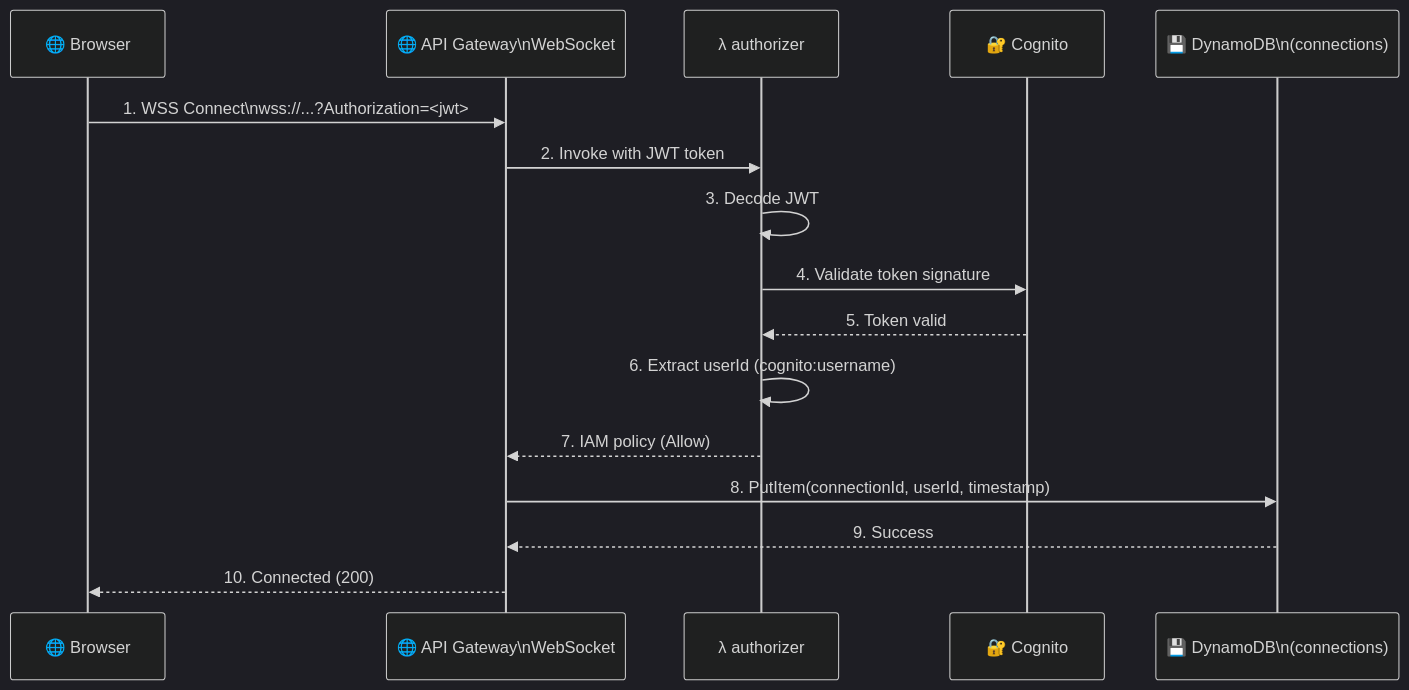
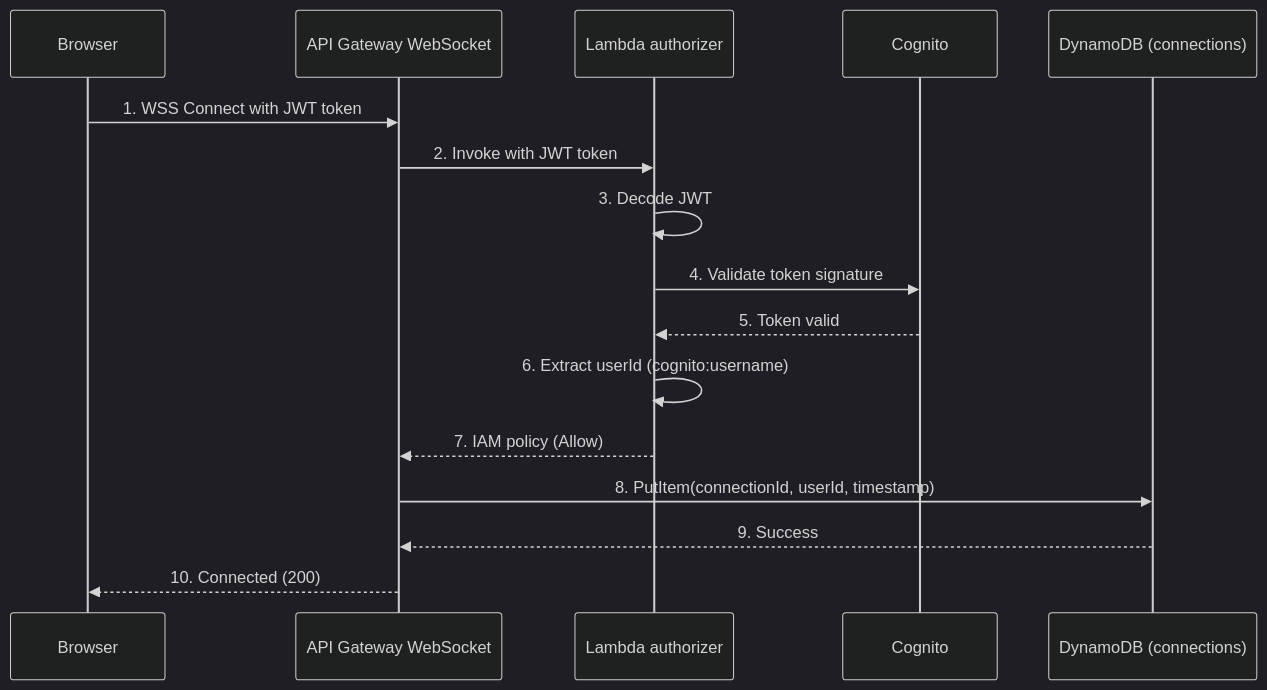
The third of 9 diagrams in technical_flow/architecture_diagram.md (sanketkkeni/messenger), drawn with Mermaid (dark theme) before and after one commit. The commit also changed other lines of this file and 2 other files, not shown here.

Commit message:
Fix Mermaid diagrams (remove special chars) and add architecture_diagram.md references

````diff
--- a/technical_flow/architecture_diagram.md
+++ b/technical_flow/architecture_diagram.md
@@ -133,19 +132,19 @@
 ```mermaid
 sequenceDiagram
-    participant Browser as 🌐 Browser
-    participant APIGW as 🌐 API Gateway\nWebSocket
-    participant Authorizer as λ authorizer
-    participant Cognito as 🔐 Cognito
-    participant DynamoDB as 💾 DynamoDB\n(connections)
+    participant Browser as Browser
+    participant APIGW as API Gateway WebSocket
+    participant Authorizer as Lambda authorizer
+    participant Cognito as Cognito
+    participant DynamoDB as DynamoDB (connections)
 
-    Browser->>APIGW: 1. WSS Connect\nwss://...?Authorization=<jwt>
+    Browser->>APIGW: 1. WSS Connect with JWT token
     APIGW->>Authorizer: 2. Invoke with JWT token
     Authorizer->>Authorizer: 3. Decode JWT
     Authorizer->>Cognito: 4. Validate token signature
     Cognito-->>Authorizer: 5. Token valid
     Authorizer->>Authorizer: 6. Extract userId (cognito:username)
     Authorizer-->>APIGW: 7. IAM policy (Allow)
     APIGW->>DynamoDB: 8. PutItem(connectionId, userId, timestamp)
     DynamoDB-->>APIGW: 9. Success
     APIGW-->>Browser: 10. Connected (200)
 ```
````
